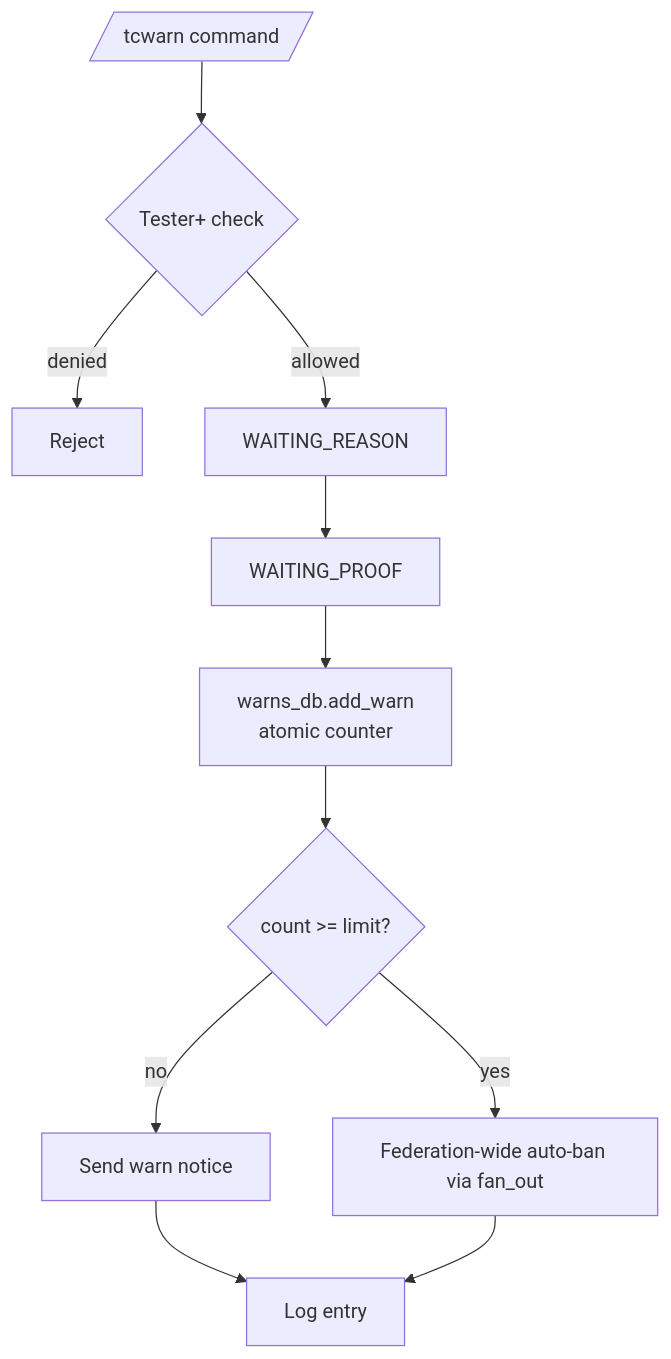
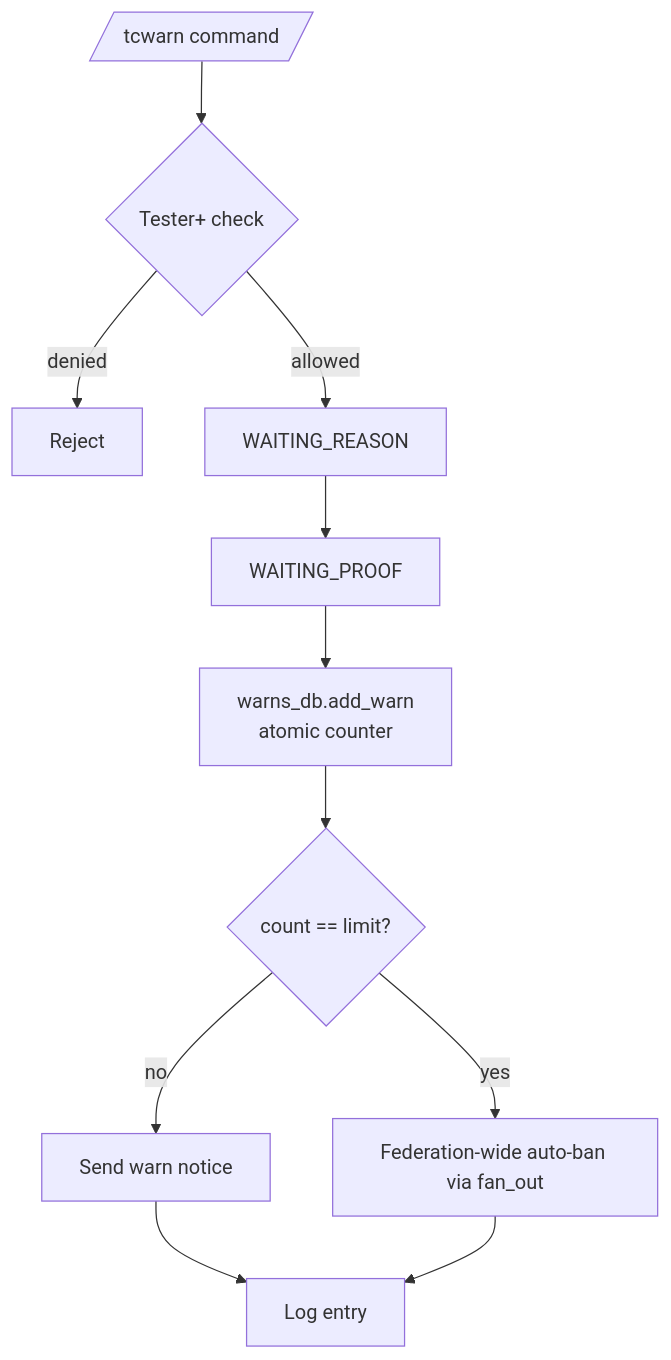
One commit to D1ZZY4/tcbot changed the diagram in docs/warnings-detailed.md. Above: the diagram before and after it, drawn with Mermaid. The commit also changed other lines of this file and 8 other files, not shown here.

````diff
--- a/docs/warnings-detailed.md
+++ b/docs/warnings-detailed.md
@@ -7,13 +7,13 @@
 ```mermaid
 flowchart TD
     Cmd[/tcwarn command/] --> Permission{Tester+ check}
     Permission -->|denied| End1[Reject]
     Permission -->|allowed| Reason[WAITING_REASON]
     Reason --> Proof[WAITING_PROOF]
     Proof --> AddWarn[warns_db.add_warn<br/>atomic counter]
-    AddWarn --> Check{count >= limit?}
+    AddWarn --> Check{count == limit?}
     Check -->|no| Notify[Send warn notice]
     Check -->|yes| AutoBan[Federation-wide auto-ban via fan_out]
     Notify --> Log[Log entry]
     AutoBan --> Log
 ```
````
